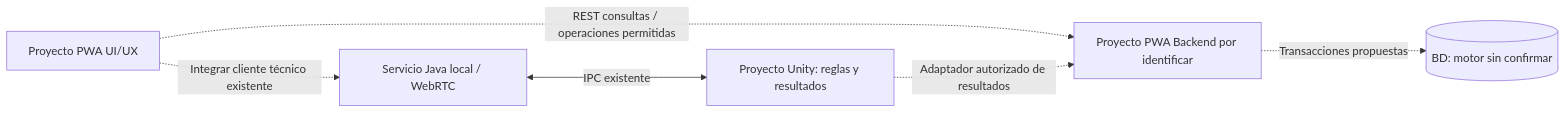
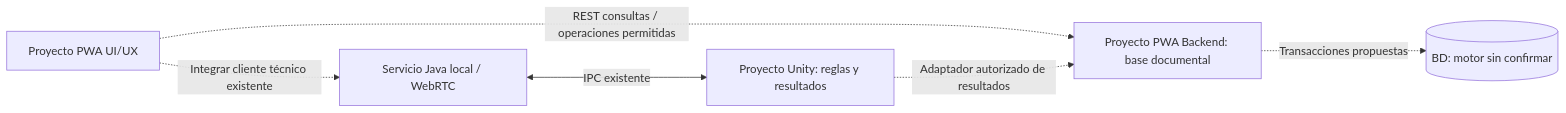
Before and after one commit to Josue1855/Gorilla-Escape: the second of 2 diagrams in docs/01-architecture/SYSTEM_CONTEXT.md, drawn with Mermaid. The commit also changed other lines of this file and 20 other files, not shown here.

````diff
--- a/docs/01-architecture/SYSTEM_CONTEXT.md
+++ b/docs/01-architecture/SYSTEM_CONTEXT.md
@@ -21,8 +21,8 @@
 ```mermaid
 flowchart LR
   UI["Proyecto PWA UI/UX"] -.->|"Integrar cliente técnico existente"| Java["Servicio Java local / WebRTC"]
   Java <-->|"IPC existente"| Unity["Proyecto Unity: reglas y resultados"]
-  UI -.->|"REST consultas / operaciones permitidas"| Backend["Proyecto PWA Backend por identificar"]
+  UI -.->|"REST consultas / operaciones permitidas"| Backend["Proyecto PWA Backend: base documental"]
   Unity -.->|"Adaptador autorizado de resultados"| Backend
   Backend -.->|"Transacciones propuestas"| DB[("BD: motor sin confirmar")]
 ```
````
